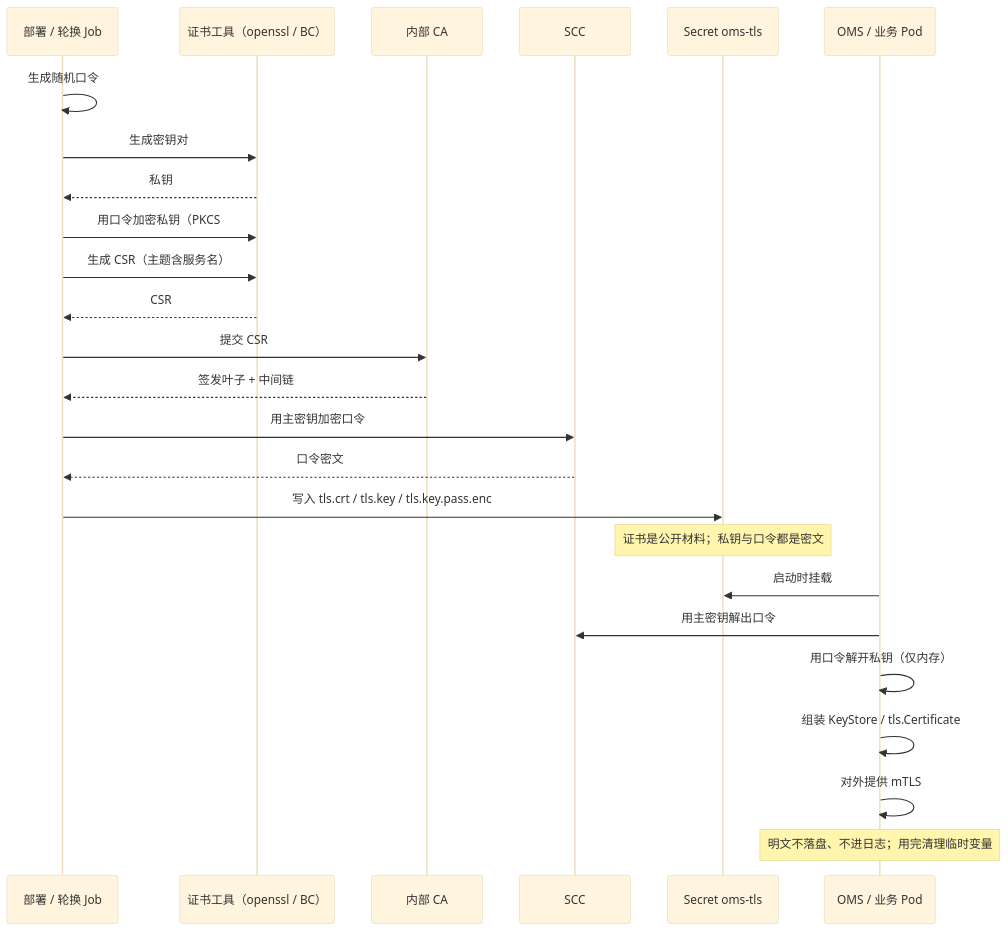
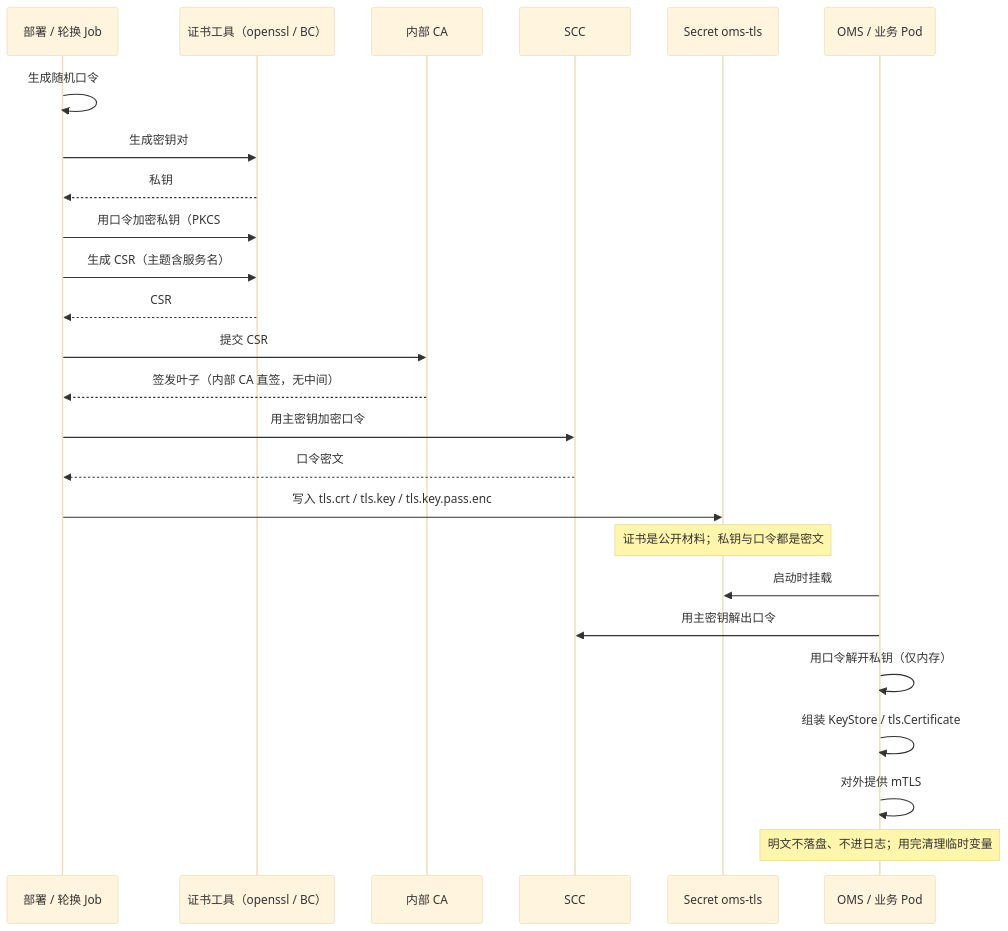
One commit to HaoruiSong622/OMS changed diagram 12 of 16 in design/OMS-总体设计-精炼版.md. Above: the diagram before and after it, drawn with Mermaid (base theme). The commit also changed other lines of this file, not shown here.

````diff
--- a/design/OMS-总体设计-精炼版.md
+++ b/design/OMS-总体设计-精炼版.md
@@ -940,27 +967,27 @@
 ```mermaid
 sequenceDiagram
   participant J as 部署 / 轮换 Job
   participant T as 证书工具（openssl / BC）
   participant CA as 内部 CA
   participant S as SCC
   participant K as Secret oms-tls
   participant P as OMS / 业务 Pod
   J->>J: 生成随机口令
   J->>T: 生成密钥对
   T-->>J: 私钥
   J->>T: 用口令加密私钥（PKCS#8 加密 PEM）
   J->>T: 生成 CSR（主题含服务名）
   T-->>J: CSR
   J->>CA: 提交 CSR
-  CA-->>J: 签发叶子 + 中间链
+  CA-->>J: 签发叶子（内部 CA 直签，无中间）
   J->>S: 用主密钥加密口令
   S-->>J: 口令密文
   J->>K: 写入 tls.crt / tls.key / tls.key.pass.enc
   Note over K: 证书是公开材料；私钥与口令都是密文
   P->>K: 启动时挂载
   P->>S: 用主密钥解出口令
   P->>P: 用口令解开私钥（仅内存）
   P->>P: 组装 KeyStore / tls.Certificate
   P->>P: 对外提供 mTLS
   Note over P: 明文不落盘、不进日志；用完清理临时变量
 ```
````
